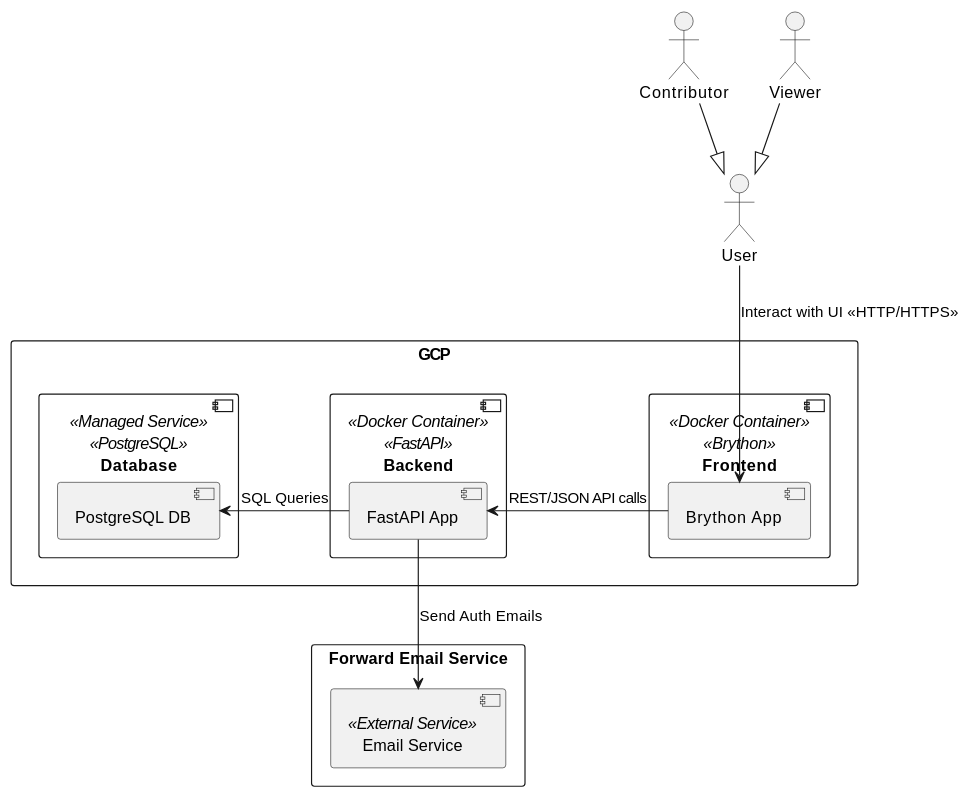
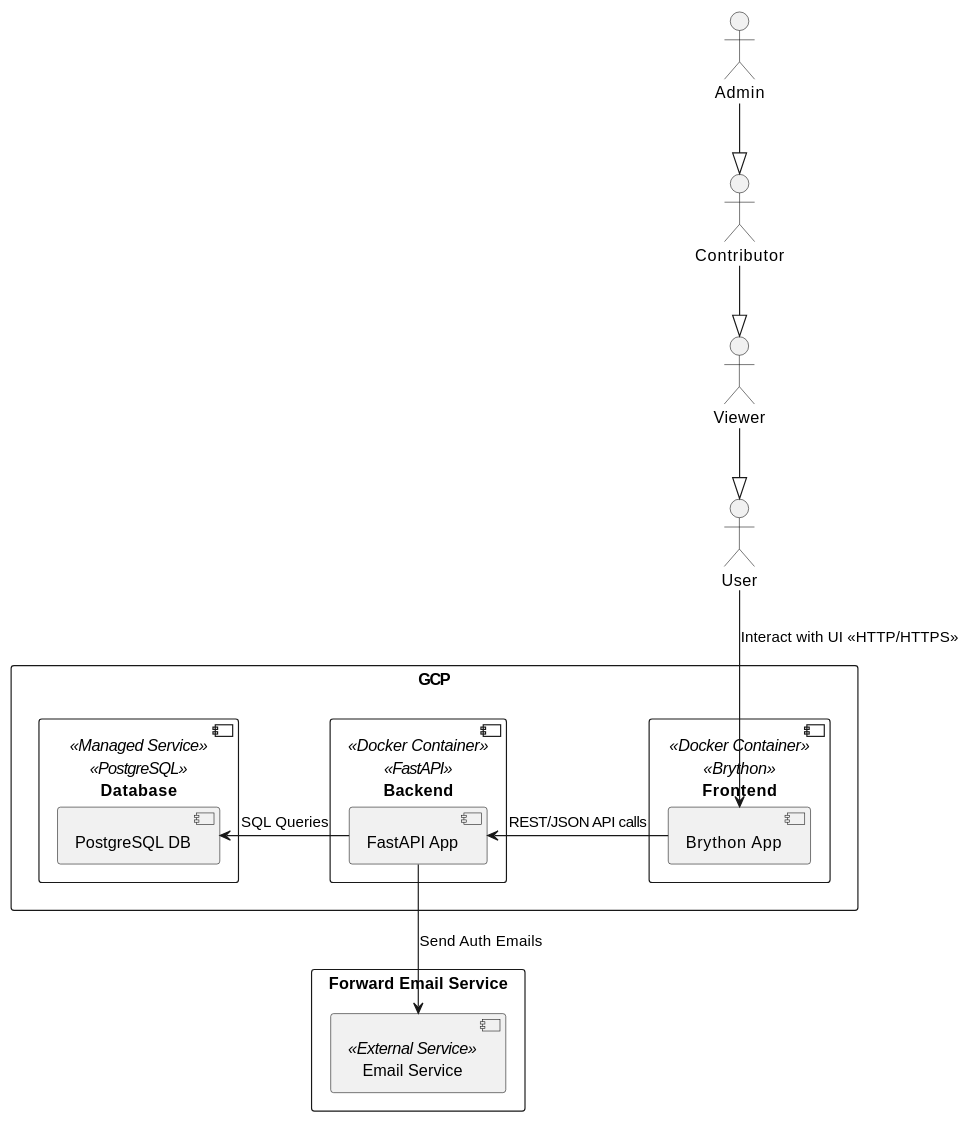
One commit to leshmark/gamegroup changed the second of 6 diagrams in Game Group Site.md. Above: the diagram before and after it, drawn with PlantUML. The commit also changed other lines of this file and 8 other files, not shown here.

````diff
--- a/Game Group Site.md
+++ b/Game Group Site.md
@@ -125,31 +133,33 @@
 ```plantuml
 @startuml
 actor User
+actor Viewer
 actor Contributor
-actor Viewer
-'viewer and contributor are both users subtypes of user
+actor Admin
+'inheritance chain: Viewer > User, Contributor > Viewer, Admin > Contributor
 Viewer --|> User
-Contributor --|> User
+Contributor --|> Viewer
+Admin --|> Contributor
 
 rectangle "GCP" {
     component "Frontend" <<Docker Container>> <<Brython>> {
         component "Brython App"
     }
     component "Backend" <<Docker Container>> <<FastAPI>> {
         component "FastAPI App"
     }
     component "Database" <<Managed Service>> <<PostgreSQL>> {
         component "PostgreSQL DB"
     }
 }
 rectangle "Forward Email Service" {
     component "Email Service" <<External Service>> {
     }
 }
 "FastAPI App" -d-> "Email Service" : Send Auth Emails
 "Brython App" -r-> "FastAPI App" : REST/JSON API calls
 "FastAPI App" -r-> "PostgreSQL DB" : SQL Queries
 
 User --> "Brython App" : Interact with UI <<HTTP/HTTPS>>
 @enduml
 ```
````
